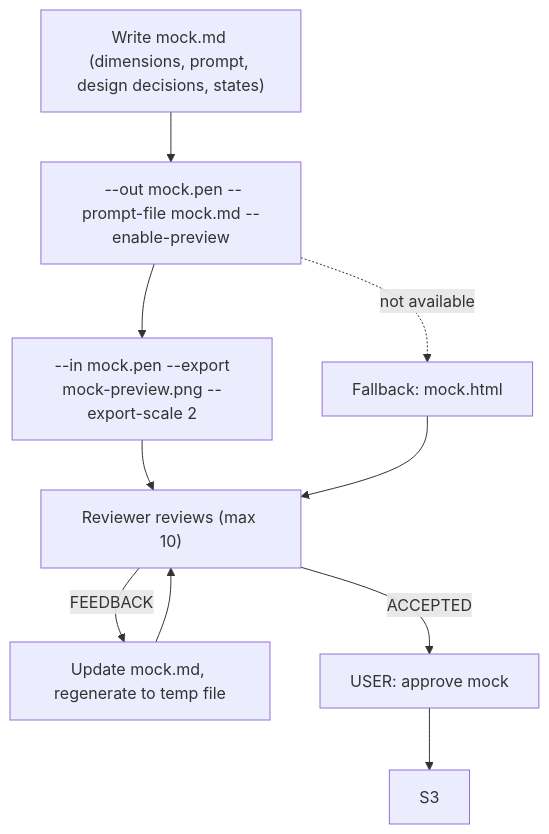
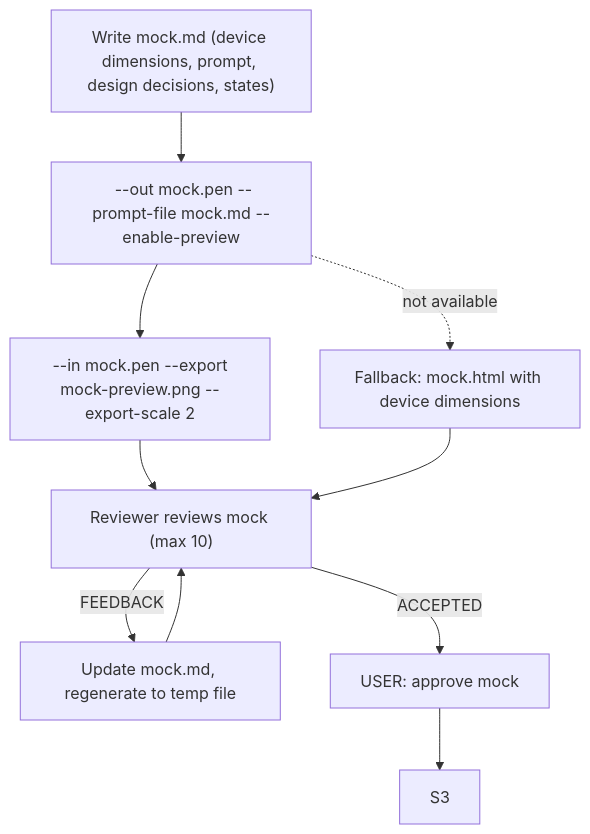
Before and after one commit to Nayeem170/KoThok: the eighth of 9 diagrams in docs/AGENTIC_PIPELINE.md, drawn with Mermaid. The commit also changed other lines of this file, not shown here.

````diff
--- a/docs/AGENTIC_PIPELINE.md
+++ b/docs/AGENTIC_PIPELINE.md
@@ -415,13 +520,13 @@
 ```mermaid
 flowchart TD
-    S25a["Write mock.md (dimensions, prompt, design decisions, states)"]
+    S25a["Write mock.md (device dimensions, prompt, design decisions, states)"]
     S25a --> S25g["<pen_cli> --out mock.pen --prompt-file mock.md --enable-preview"]
     S25g --> S25e["<pen_cli> --in mock.pen --export mock-preview.png --export-scale 2"]
-    S25e --> S25r["Reviewer reviews (max 10)"]
+    S25e --> S25r["Reviewer reviews mock (max 10)"]
     S25r --> |"FEEDBACK"| S25f["Update mock.md, regenerate to temp file"]
     S25f --> S25r
     S25r --> |"ACCEPTED"| S25u["USER: approve mock"]
     S25u --> S3
-    S25g -.-> |"<pen_cli> not available"| FB["Fallback: mock.html"]
+    S25g -.-> |"<pen_cli> not available"| FB["Fallback: mock.html with device dimensions"]
     FB --> S25r
 ```
````
